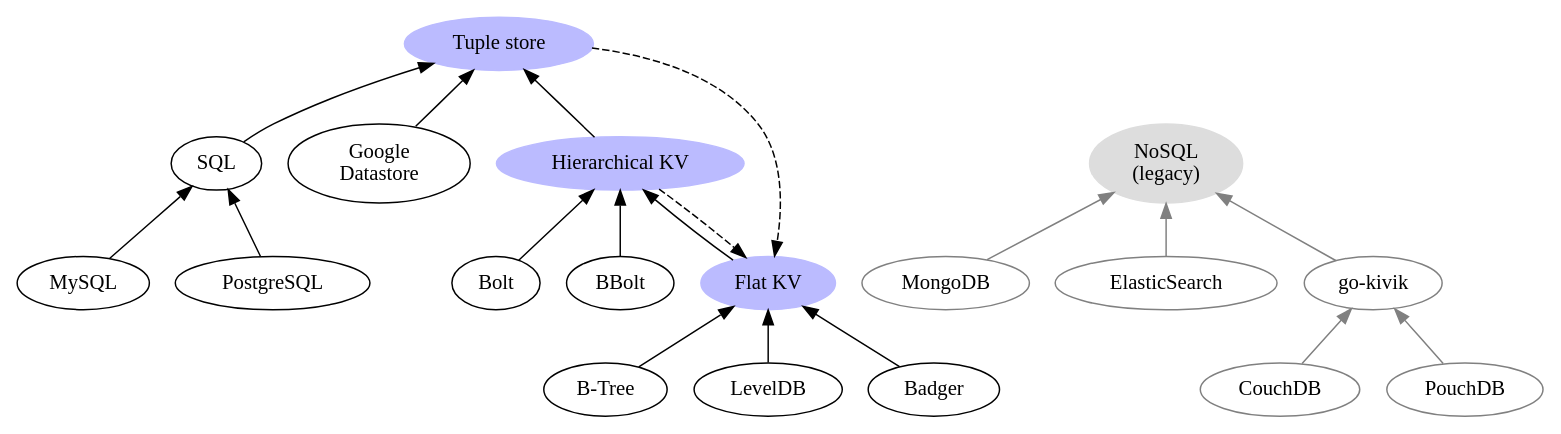
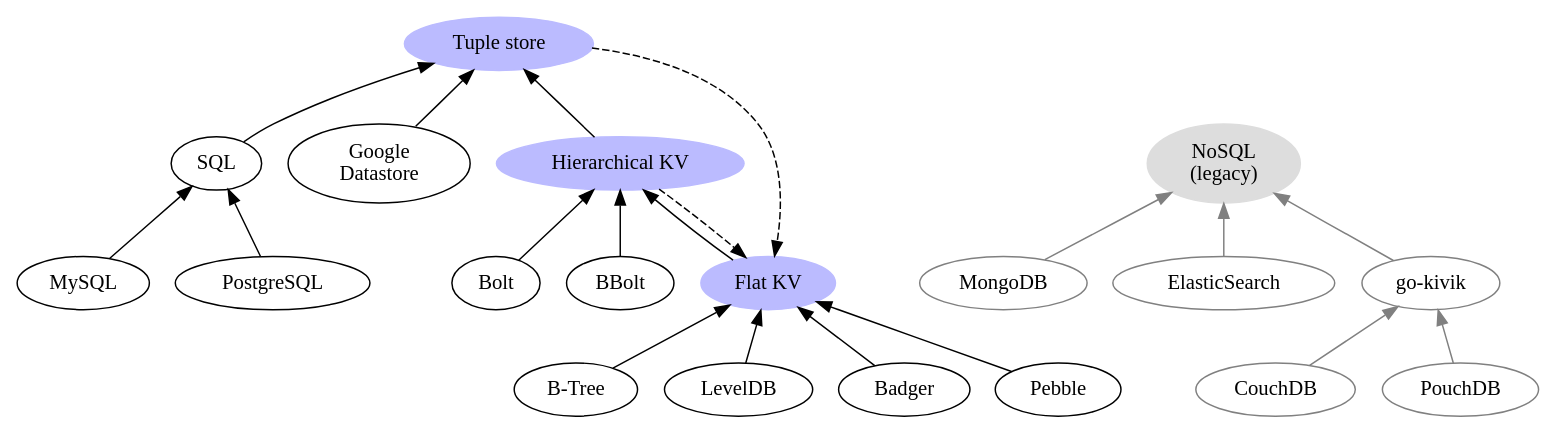
One commit to hidal-go/hidalgo changed the diagram in db-hierarchy.gv. Above: the diagram before and after it, drawn with Graphviz. The commit also changed 2 other files, not shown here.

Commit message:
docs: update diagram and readme

```diff
--- a/db-hierarchy.gv
+++ b/db-hierarchy.gv
@@ -1,45 +1,47 @@
 digraph DBs {
     rankdir="BT"
 
     flat_kv [label="Flat KV" URL="./docs/kv-flat.md" color="#bbbbff" style=filled]
     flat_kv -> hie_kv
     btree [label="B-Tree"]
     btree -> flat_kv
     leveldb [label="LevelDB"]
     leveldb -> flat_kv
     badger [label="Badger"]
     badger -> flat_kv
+    pebble [label="Pebble"]
+    pebble -> flat_kv
 
     hie_kv [label="Hierarchical KV" URL="./docs/kv-hierarchical.md" color="#bbbbff" style=filled]
     hie_kv -> strict_tuple
     hie_kv -> flat_kv [style=dashed]
     bolt [label="Bolt"]
     bolt -> hie_kv
     bbolt [label="BBolt"]
     bbolt -> hie_kv
 
     sql_tuple [label="SQL" URL="./docs/sql-tuple.md"]
     sql_tuple -> strict_tuple
     mysql [label="MySQL"]
     mysql -> sql_tuple
     postgres [label="PostgreSQL"]
     postgres -> sql_tuple
 
     datastore [label="Google\nDatastore"]
     datastore -> strict_tuple
 
     strict_tuple [label="Tuple store" URL="./docs/tuple-strict.md" color="#bbbbff" style=filled]
     strict_tuple -> flat_kv [style=dashed]
 
     legacy_nosql [label="NoSQL\n(legacy)", color="#dddddd" style=filled]
     legacy_mongo [label="MongoDB", color=grey]
     legacy_mongo -> legacy_nosql [color=grey]
     legacy_elastic [label="ElasticSearch", color=grey]
     legacy_elastic -> legacy_nosql [color=grey]
     legacy_ouch [label="go-kivik", color=grey]
     legacy_ouch -> legacy_nosql [color=grey]
     legacy_couch [label="CouchDB", color=grey]
     legacy_couch -> legacy_ouch [color=grey]
     legacy_pouch [label="PouchDB", color=grey]
     legacy_pouch -> legacy_ouch [color=grey]
 }
```
